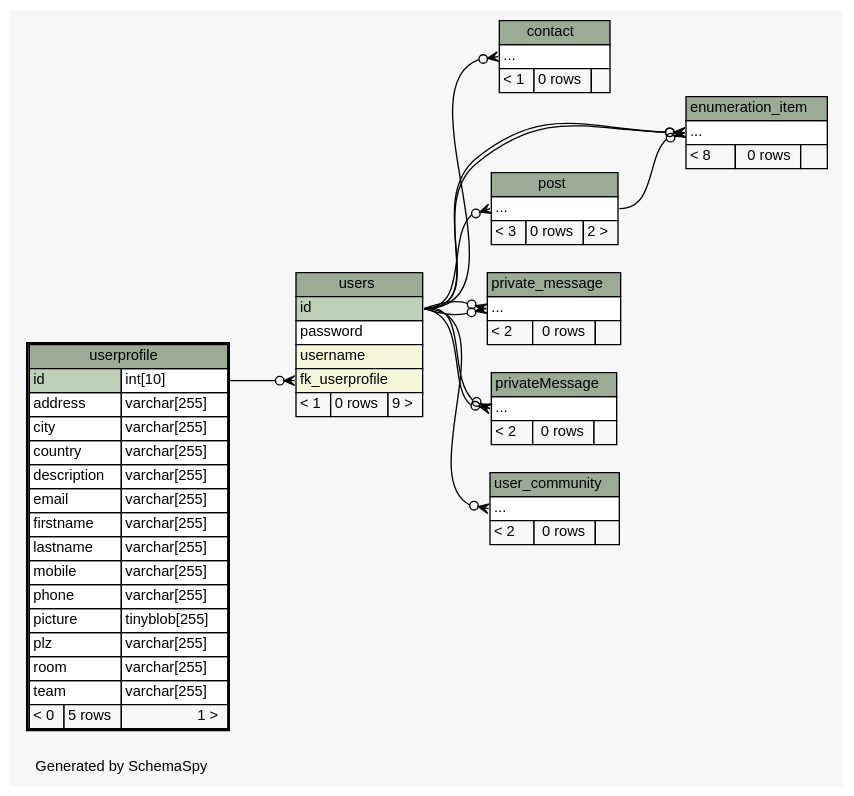
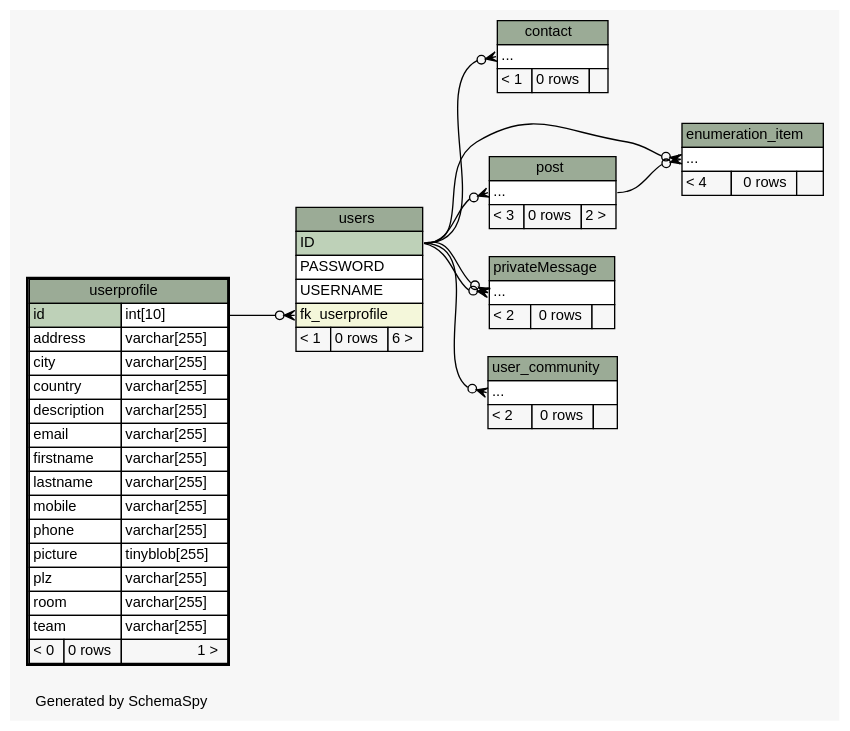
The diagram in doc/db_schema/diagrams/userprofile.2degrees.dot (chr-krenn/chr-krenn-fhj-ws2017-sd17-pse), drawn with Graphviz before and after one commit. The commit also changed 63 other files, not shown here.

Commit message:
update database schema documentation

```diff
--- a/doc/db_schema/diagrams/userprofile.2degrees.dot
+++ b/doc/db_schema/diagrams/userprofile.2degrees.dot
@@ -1,129 +1,116 @@
 // dot 2.40.1 on Linux 4.12.5-300.fc26.x86_64
 // SchemaSpy rev 590
 digraph "twoDegreesRelationshipsDiagram" {
   graph [
     rankdir="RL"
     bgcolor="#f7f7f7"
     label="\nGenerated by SchemaSpy"
     labeljust="l"
     nodesep="0.18"
     ranksep="0.46"
     fontname="Helvetica"
     fontsize="11"
   ];
   node [
     fontname="Helvetica"
     fontsize="11"
     shape="plaintext"
   ];
   edge [
     arrowsize="0.8"
   ];
-  "contact":"elipses":w -> "users":"id":e [arrowhead=none dir=back arrowtail=crowodot];
-  "enumeration_item":"elipses":w -> "users":"id":e [arrowhead=none dir=back arrowtail=crowodot];
+  "contact":"elipses":w -> "users":"ID":e [arrowhead=none dir=back arrowtail=crowodot];
   "enumeration_item":"elipses":w -> "post":"elipses":e [arrowhead=none dir=back arrowtail=crowodot];
-  "enumeration_item":"elipses":w -> "users":"id":e [arrowhead=none dir=back arrowtail=crowodot];
-  "post":"elipses":w -> "users":"id":e [arrowhead=none dir=back arrowtail=crowodot];
-  "private_message":"elipses":w -> "users":"id":e [arrowhead=none dir=back arrowtail=crowodot];
-  "private_message":"elipses":w -> "users":"id":e [arrowhead=none dir=back arrowtail=crowodot];
-  "privateMessage":"elipses":w -> "users":"id":e [arrowhead=none dir=back arrowtail=crowodot];
-  "privateMessage":"elipses":w -> "users":"id":e [arrowhead=none dir=back arrowtail=crowodot];
-  "user_community":"elipses":w -> "users":"id":e [arrowhead=none dir=back arrowtail=crowodot];
+  "enumeration_item":"elipses":w -> "users":"ID":e [arrowhead=none dir=back arrowtail=crowodot];
+  "post":"elipses":w -> "users":"ID":e [arrowhead=none dir=back arrowtail=crowodot];
+  "privateMessage":"elipses":w -> "users":"ID":e [arrowhead=none dir=back arrowtail=crowodot];
+  "privateMessage":"elipses":w -> "users":"ID":e [arrowhead=none dir=back arrowtail=crowodot];
+  "user_community":"elipses":w -> "users":"ID":e [arrowhead=none dir=back arrowtail=crowodot];
   "users":"fk_userprofile":w -> "userprofile":"id.type":e [arrowhead=none dir=back arrowtail=crowodot];
   "contact" [
     label=<
     <TABLE BORDER="0" CELLBORDER="1" CELLSPACING="0" BGCOLOR="#ffffff">
       <TR><TD COLSPAN="3" BGCOLOR="#9bab96" ALIGN="CENTER">contact</TD></TR>
       <TR><TD PORT="elipses" COLSPAN="3" ALIGN="LEFT">...</TD></TR>
       <TR><TD ALIGN="LEFT" BGCOLOR="#f7f7f7">&lt; 1</TD><TD ALIGN="RIGHT" BGCOLOR="#f7f7f7">0 rows</TD><TD ALIGN="RIGHT" BGCOLOR="#f7f7f7">  </TD></TR>
     </TABLE>>
     URL="contact.html"
     tooltip="contact"
   ];
   "enumeration_item" [
     label=<
     <TABLE BORDER="0" CELLBORDER="1" CELLSPACING="0" BGCOLOR="#ffffff">
       <TR><TD COLSPAN="3" BGCOLOR="#9bab96" ALIGN="CENTER">enumeration_item</TD></TR>
       <TR><TD PORT="elipses" COLSPAN="3" ALIGN="LEFT">...</TD></TR>
-      <TR><TD ALIGN="LEFT" BGCOLOR="#f7f7f7">&lt; 8</TD><TD ALIGN="RIGHT" BGCOLOR="#f7f7f7">0 rows</TD><TD ALIGN="RIGHT" BGCOLOR="#f7f7f7">  </TD></TR>
+      <TR><TD ALIGN="LEFT" BGCOLOR="#f7f7f7">&lt; 4</TD><TD ALIGN="RIGHT" BGCOLOR="#f7f7f7">0 rows</TD><TD ALIGN="RIGHT" BGCOLOR="#f7f7f7">  </TD></TR>
     </TABLE>>
     URL="enumeration_item.html"
     tooltip="enumeration_item"
   ];
   "post" [
     label=<
     <TABLE BORDER="0" CELLBORDER="1" CELLSPACING="0" BGCOLOR="#ffffff">
       <TR><TD COLSPAN="3" BGCOLOR="#9bab96" ALIGN="CENTER">post</TD></TR>
       <TR><TD PORT="elipses" COLSPAN="3" ALIGN="LEFT">...</TD></TR>
       <TR><TD ALIGN="LEFT" BGCOLOR="#f7f7f7">&lt; 3</TD><TD ALIGN="RIGHT" BGCOLOR="#f7f7f7">0 rows</TD><TD ALIGN="RIGHT" BGCOLOR="#f7f7f7">2 &gt;</TD></TR>
     </TABLE>>
     URL="post.html"
     tooltip="post"
-  ];
-  "private_message" [
-    label=<
-    <TABLE BORDER="0" CELLBORDER="1" CELLSPACING="0" BGCOLOR="#ffffff">
-      <TR><TD COLSPAN="3" BGCOLOR="#9bab96" ALIGN="CENTER">private_message</TD></TR>
-      <TR><TD PORT="elipses" COLSPAN="3" ALIGN="LEFT">...</TD></TR>
-      <TR><TD ALIGN="LEFT" BGCOLOR="#f7f7f7">&lt; 2</TD><TD ALIGN="RIGHT" BGCOLOR="#f7f7f7">0 rows</TD><TD ALIGN="RIGHT" BGCOLOR="#f7f7f7">  </TD></TR>
-    </TABLE>>
-    URL="private_message.html"
-    tooltip="private_message"
   ];
   "privateMessage" [
     label=<
     <TABLE BORDER="0" CELLBORDER="1" CELLSPACING="0" BGCOLOR="#ffffff">
       <TR><TD COLSPAN="3" BGCOLOR="#9bab96" ALIGN="CENTER">privateMessage</TD></TR>
       <TR><TD PORT="elipses" COLSPAN="3" ALIGN="LEFT">...</TD></TR>
       <TR><TD ALIGN="LEFT" BGCOLOR="#f7f7f7">&lt; 2</TD><TD ALIGN="RIGHT" BGCOLOR="#f7f7f7">0 rows</TD><TD ALIGN="RIGHT" BGCOLOR="#f7f7f7">  </TD></TR>
     </TABLE>>
     URL="privateMessage.html"
     tooltip="privateMessage"
   ];
   "user_community" [
     label=<
     <TABLE BORDER="0" CELLBORDER="1" CELLSPACING="0" BGCOLOR="#ffffff">
       <TR><TD COLSPAN="3" BGCOLOR="#9bab96" ALIGN="CENTER">user_community</TD></TR>
       <TR><TD PORT="elipses" COLSPAN="3" ALIGN="LEFT">...</TD></TR>
       <TR><TD ALIGN="LEFT" BGCOLOR="#f7f7f7">&lt; 2</TD><TD ALIGN="RIGHT" BGCOLOR="#f7f7f7">0 rows</TD><TD ALIGN="RIGHT" BGCOLOR="#f7f7f7">  </TD></TR>
     </TABLE>>
     URL="user_community.html"
     tooltip="user_community"
   ];
   "userprofile" [
     label=<
     <TABLE BORDER="2" CELLBORDER="1" CELLSPACING="0" BGCOLOR="#ffffff">
       <TR><TD COLSPAN="3" BGCOLOR="#9bab96" ALIGN="CENTER">userprofile</TD></TR>
       <TR><TD PORT="id" COLSPAN="2" BGCOLOR="#bed1b8" ALIGN="LEFT">id</TD><TD PORT="id.type" ALIGN="LEFT">int[10]</TD></TR>
       <TR><TD PORT="address" COLSPAN="2" ALIGN="LEFT">address</TD><TD PORT="address.type" ALIGN="LEFT">varchar[255]</TD></TR>
       <TR><TD PORT="city" COLSPAN="2" ALIGN="LEFT">city</TD><TD PORT="city.type" ALIGN="LEFT">varchar[255]</TD></TR>
       <TR><TD PORT="country" COLSPAN="2" ALIGN="LEFT">country</TD><TD PORT="country.type" ALIGN="LEFT">varchar[255]</TD></TR>
       <TR><TD PORT="description" COLSPAN="2" ALIGN="LEFT">description</TD><TD PORT="description.type" ALIGN="LEFT">varchar[255]</TD></TR>
       <TR><TD PORT="email" COLSPAN="2" ALIGN="LEFT">email</TD><TD PORT="email.type" ALIGN="LEFT">varchar[255]</TD></TR>
       <TR><TD PORT="firstname" COLSPAN="2" ALIGN="LEFT">firstname</TD><TD PORT="firstname.type" ALIGN="LEFT">varchar[255]</TD></TR>
       <TR><TD PORT="lastname" COLSPAN="2" ALIGN="LEFT">lastname</TD><TD PORT="lastname.type" ALIGN="LEFT">varchar[255]</TD></TR>
       <TR><TD PORT="mobile" COLSPAN="2" ALIGN="LEFT">mobile</TD><TD PORT="mobile.type" ALIGN="LEFT">varchar[255]</TD></TR>
       <TR><TD PORT="phone" COLSPAN="2" ALIGN="LEFT">phone</TD><TD PORT="phone.type" ALIGN="LEFT">varchar[255]</TD></TR>
       <TR><TD PORT="picture" COLSPAN="2" ALIGN="LEFT">picture</TD><TD PORT="picture.type" ALIGN="LEFT">tinyblob[255]</TD></TR>
       <TR><TD PORT="plz" COLSPAN="2" ALIGN="LEFT">plz</TD><TD PORT="plz.type" ALIGN="LEFT">varchar[255]</TD></TR>
       <TR><TD PORT="room" COLSPAN="2" ALIGN="LEFT">room</TD><TD PORT="room.type" ALIGN="LEFT">varchar[255]</TD></TR>
       <TR><TD PORT="team" COLSPAN="2" ALIGN="LEFT">team</TD><TD PORT="team.type" ALIGN="LEFT">varchar[255]</TD></TR>
-      <TR><TD ALIGN="LEFT" BGCOLOR="#f7f7f7">&lt; 0</TD><TD ALIGN="RIGHT" BGCOLOR="#f7f7f7">5 rows</TD><TD ALIGN="RIGHT" BGCOLOR="#f7f7f7">1 &gt;</TD></TR>
+      <TR><TD ALIGN="LEFT" BGCOLOR="#f7f7f7">&lt; 0</TD><TD ALIGN="RIGHT" BGCOLOR="#f7f7f7">0 rows</TD><TD ALIGN="RIGHT" BGCOLOR="#f7f7f7">1 &gt;</TD></TR>
     </TABLE>>
     URL="userprofile.html"
     tooltip="userprofile"
   ];
   "users" [
     label=<
     <TABLE BORDER="0" CELLBORDER="1" CELLSPACING="0" BGCOLOR="#ffffff">
       <TR><TD COLSPAN="3" BGCOLOR="#9bab96" ALIGN="CENTER">users</TD></TR>
-      <TR><TD PORT="id" COLSPAN="3" BGCOLOR="#bed1b8" ALIGN="LEFT">id</TD></TR>
-      <TR><TD PORT="password" COLSPAN="3" ALIGN="LEFT">password</TD></TR>
-      <TR><TD PORT="username" COLSPAN="3" BGCOLOR="#f4f7da" ALIGN="LEFT">username</TD></TR>
+      <TR><TD PORT="ID" COLSPAN="3" BGCOLOR="#bed1b8" ALIGN="LEFT">ID</TD></TR>
+      <TR><TD PORT="PASSWORD" COLSPAN="3" ALIGN="LEFT">PASSWORD</TD></TR>
+      <TR><TD PORT="USERNAME" COLSPAN="3" ALIGN="LEFT">USERNAME</TD></TR>
       <TR><TD PORT="fk_userprofile" COLSPAN="3" BGCOLOR="#f4f7da" ALIGN="LEFT">fk_userprofile</TD></TR>
-      <TR><TD ALIGN="LEFT" BGCOLOR="#f7f7f7">&lt; 1</TD><TD ALIGN="RIGHT" BGCOLOR="#f7f7f7">0 rows</TD><TD ALIGN="RIGHT" BGCOLOR="#f7f7f7">9 &gt;</TD></TR>
+      <TR><TD ALIGN="LEFT" BGCOLOR="#f7f7f7">&lt; 1</TD><TD ALIGN="RIGHT" BGCOLOR="#f7f7f7">0 rows</TD><TD ALIGN="RIGHT" BGCOLOR="#f7f7f7">6 &gt;</TD></TR>
     </TABLE>>
     URL="users.html"
     tooltip="users"
   ];
 }
```
